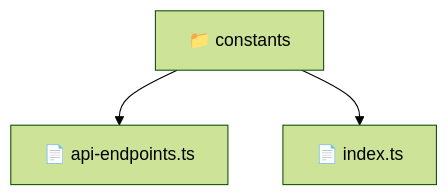
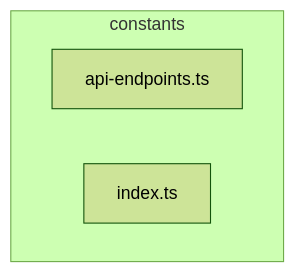
The diagram in frontend/src/core/constants/README.md (beginwebdev2002/fullstack-mavluda), drawn with Mermaid (forest theme) before and after one commit. The commit also changed other lines of this file and 163 other files, not shown here.

````diff
--- a/frontend/src/core/constants/README.md
+++ b/frontend/src/core/constants/README.md
@@ -9,6 +15,7 @@
 ```mermaid
 graph TD
-  Root["📁 constants"]
-  Root --> api_endpoints_ts["📄 api-endpoints.ts"]
-  Root --> index_ts["📄 index.ts"]
+  subgraph constants
+    api_endpoints_ts["api-endpoints.ts"]
+    index_ts["index.ts"]
+  end
 ```
````
